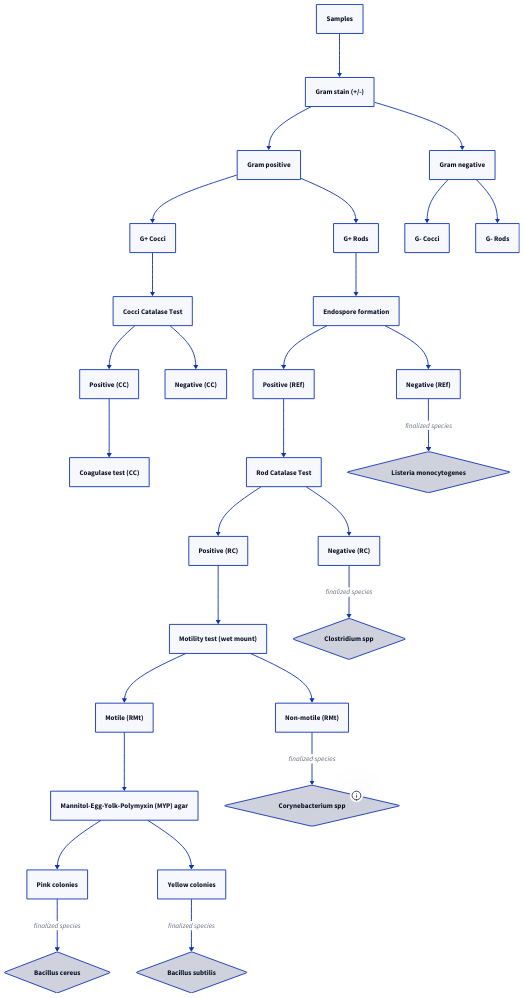
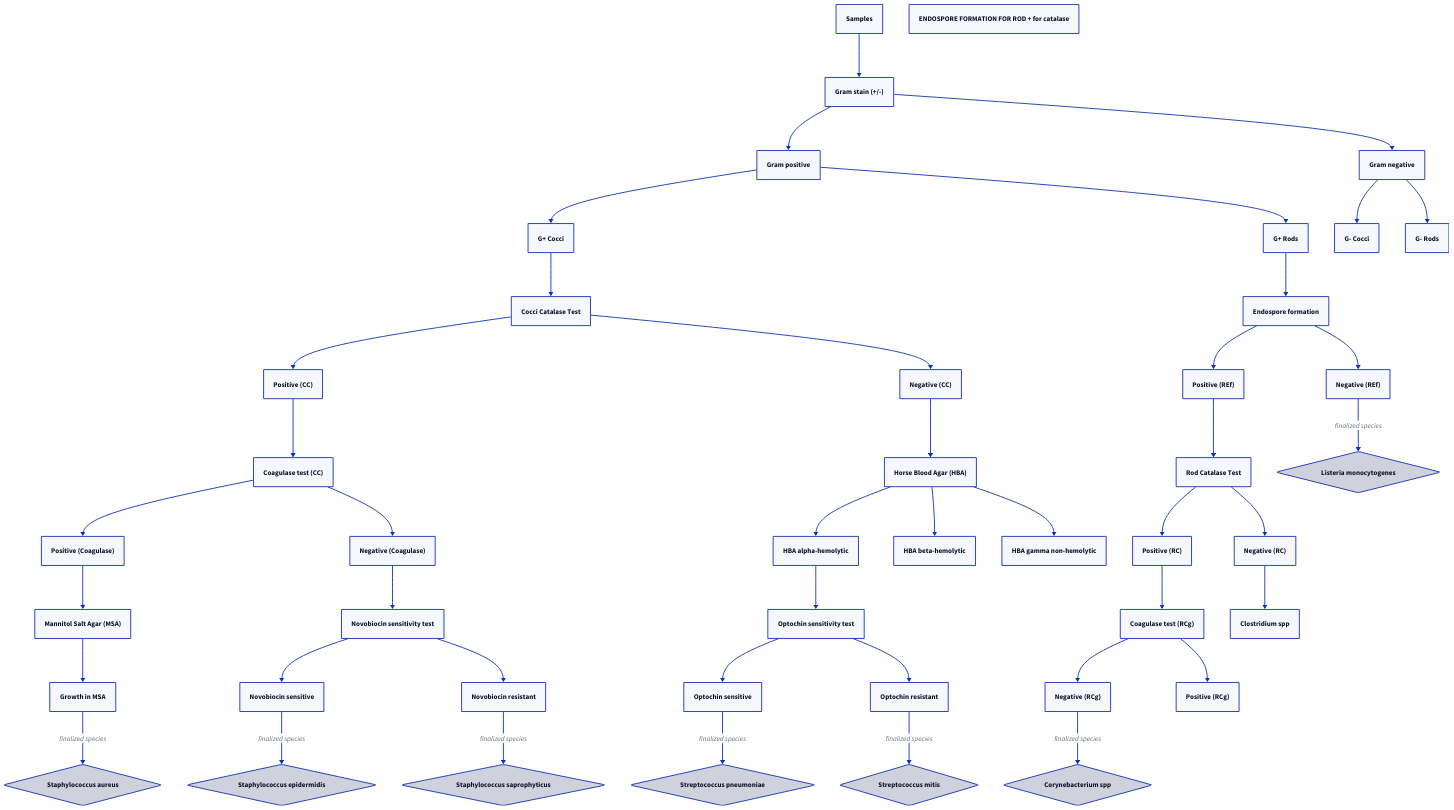
Before and after one commit to Zachary-Vowles/biosci349flowchart: the diagram in flowchart349.d2, drawn with D2. The commit also changed other lines of this file, not shown here.

Commit message:
Update flowchart349.d2
updated with Micol's changes

```diff
--- a/flowchart349.d2
+++ b/flowchart349.d2
@@ -1,41 +1,56 @@
 Samples -> Gram stain (+/-)
 Gram stain (+/-) -> Gram negative
 Gram stain (+/-) -> Gram positive
 Gram positive -> G+ Cocci
 Gram positive -> G+ Rods
 Gram negative -> G- Cocci
 Gram negative -> G- Rods
 
 G+ Cocci -> Cocci Catalase Test
 Cocci Catalase Test -> Positive (CC)
 Cocci Catalase Test -> Negative (CC)
 Positive (CC) -> Coagulase test (CC)
+# #micol 14-16
+Coagulase test (CC) -> Positive (Coagulase)
+Coagulase test (CC) -> Negative (Coagulase)
+Positive (Coagulase) -> Mannitol Salt Agar (MSA)
+Mannitol Salt Agar (MSA) -> Growth in MSA
+Growth in MSA -> Staphylococcus aureus: finalized species
+Staphylococcus aureus.shape: diamond
+Negative (Coagulase) -> Novobiocin sensitivity test
+Novobiocin sensitivity test -> Novobiocin sensitive
+Novobiocin sensitivity test -> Novobiocin resistant
+Novobiocin sensitive -> Staphylococcus epidermidis: finalized species
+Staphylococcus epidermidis.shape: diamond
+Novobiocin resistant -> Staphylococcus saprophyticus: finalized species
+Staphylococcus saprophyticus.shape: diamond
+Negative (CC) -> Horse Blood Agar (HBA)
+Horse Blood Agar (HBA) -> HBA alpha-hemolytic
+Horse Blood Agar (HBA) -> HBA beta-hemolytic
+Horse Blood Agar (HBA) -> HBA gamma non-hemolytic
+HBA alpha-hemolytic -> Optochin sensitivity test
+Optochin sensitivity test -> Optochin sensitive
+Optochin sensitivity test -> Optochin resistant
+Optochin sensitive -> Streptococcus pneumoniae: finalized species
+Streptococcus pneumoniae.shape: diamond
+Optochin resistant -> Streptococcus mitis: finalized species
+Streptococcus mitis.shape: diamond
 
 G+ Rods -> Endospore formation
 Endospore formation -> Negative (REf)
 Endospore formation -> Positive (REf)
 Positive (REf) -> Rod Catalase Test
 Negative (REf) -> Listeria monocytogenes: finalized species
 Listeria monocytogenes.shape: diamond
 
 Rod Catalase Test -> Positive (RC)
 Rod Catalase Test -> Negative (RC)
-Positive (RC) -> Motility test (wet mount)
-Motility test (wet mount) -> Motile (RMt) -> Mannitol-Egg-Yolk-Polymyxin (MYP) agar
-Mannitol-Egg-Yolk-Polymyxin (MYP) agar -> Pink colonies
-Pink colonies -> Bacillus cereus: finalized species
-Mannitol-Egg-Yolk-Polymyxin (MYP) agar -> Yellow colonies
-Yellow colonies -> Bacillus subtilis: finalized species
+Positive (RC) -> Coagulase test (RCg)
+Negative (RC) -> Clostridium spp
 
-Bacillus cereus.shape: diamond
-Bacillus subtilis.shape: diamond
+Coagulase test (RCg) -> Negative (RCg)
+Coagulase test (RCg) -> Positive (RCg)
+Negative (RCg) -> Corynebacterium spp: finalized species
+Corynebacterium spp.shape: diamond
 
-Motility test (wet mount) -> Non-motile (RMt)
-Non-motile (RMt) -> Corynebacterium spp: finalized species
-
-Corynebacterium spp.shape: diamond
-Corynebacterium spp: {tooltip: These can potentially be more easily identified by their club-shape, but we aren't experienced microbiologists, hence the caution}
-
-
-Negative (RC) -> Clostridium spp: finalized species
-Clostridium spp.shape: diamond
+ENDOSPORE FORMATION FOR ROD + for catalase
```
